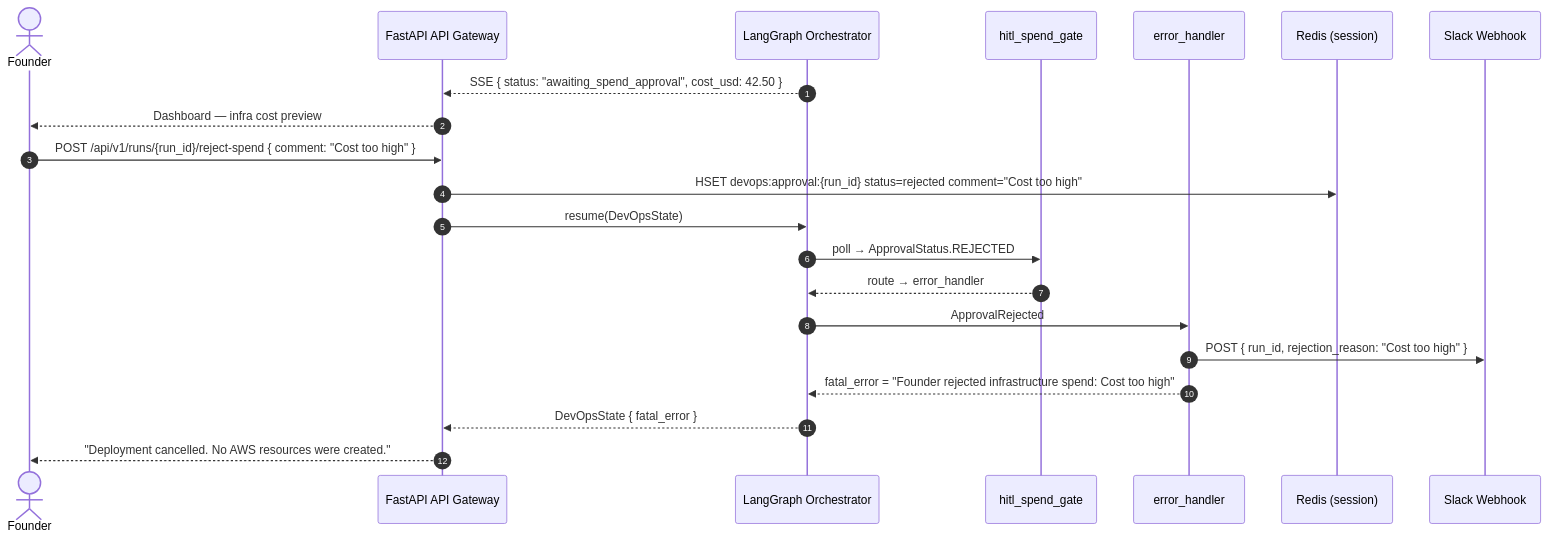
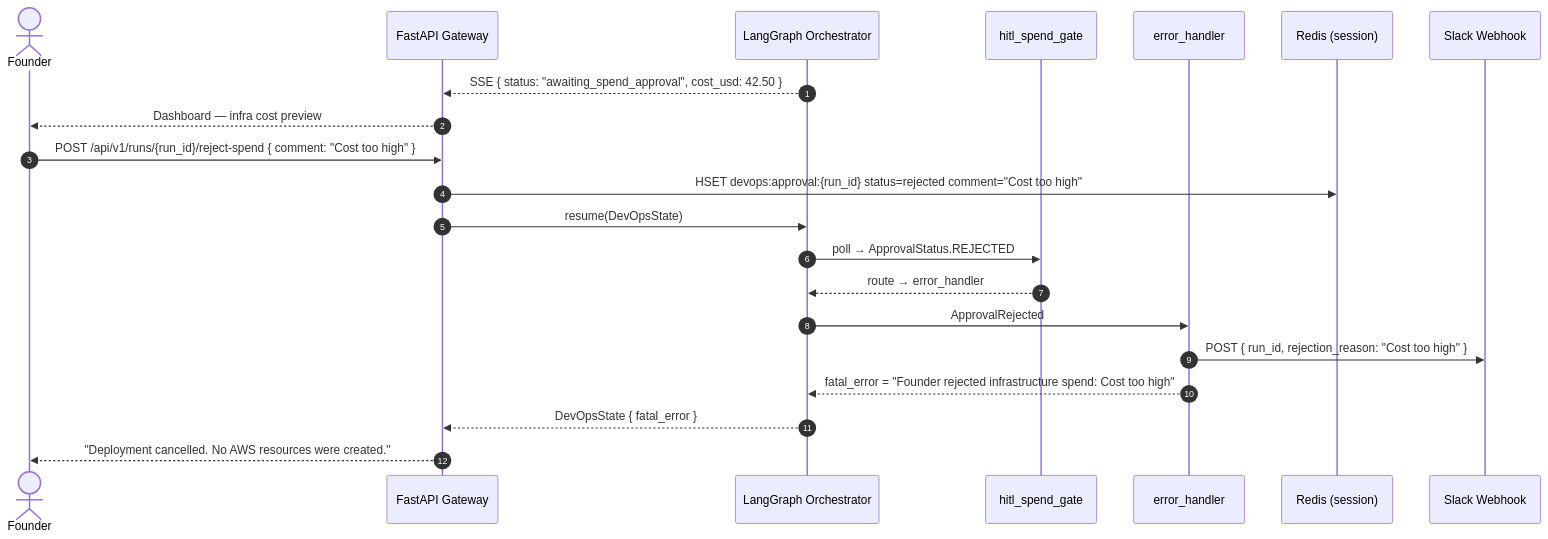
The fourth of 5 diagrams in docs/architecture/Agents-Architecture/devops-agent.md (kaushraj1/AutoFounder), drawn with Mermaid before and after one commit. The commit also changed other lines of this file and 4 other files, not shown here.

Commit message:
Architect+DevOps LLD sync (ECS Fargate, Supabase, SQLAlchemy, FastAPI); rename tenant_id -> organization_id; add Pillar5 plan/dummy-input and learning-log

````diff
--- a/docs/architecture/Agents-Architecture/devops-agent.md
+++ b/docs/architecture/Agents-Architecture/devops-agent.md
@@ -1649,28 +1807,28 @@
 ```mermaid
 sequenceDiagram
     autonumber
     actor Founder
-    participant API   as FastAPI API Gateway
+    participant API   as FastAPI Gateway
     participant Graph as LangGraph Orchestrator
     participant Gate  as hitl_spend_gate
     participant EH    as error_handler
     participant Redis as Redis (session)
     participant Slack as Slack Webhook
 
     Graph -->> API: SSE { status: "awaiting_spend_approval", cost_usd: 42.50 }
     API -->> Founder: Dashboard — infra cost preview
 
     Founder ->> API: POST /api/v1/runs/{run_id}/reject-spend { comment: "Cost too high" }
     API ->> Redis: HSET devops:approval:{run_id} status=rejected comment="Cost too high"
     API ->> Graph: resume(DevOpsState)
 
     Graph ->> Gate: poll → ApprovalStatus.REJECTED
     Gate -->> Graph: route → error_handler
 
     Graph ->> EH: ApprovalRejected
     EH ->> Slack: POST { run_id, rejection_reason: "Cost too high" }
     EH -->> Graph: fatal_error = "Founder rejected infrastructure spend: Cost too high"
 
     Graph -->> API: DevOpsState { fatal_error }
     API -->> Founder: "Deployment cancelled. No AWS resources were created."
 ```
````
